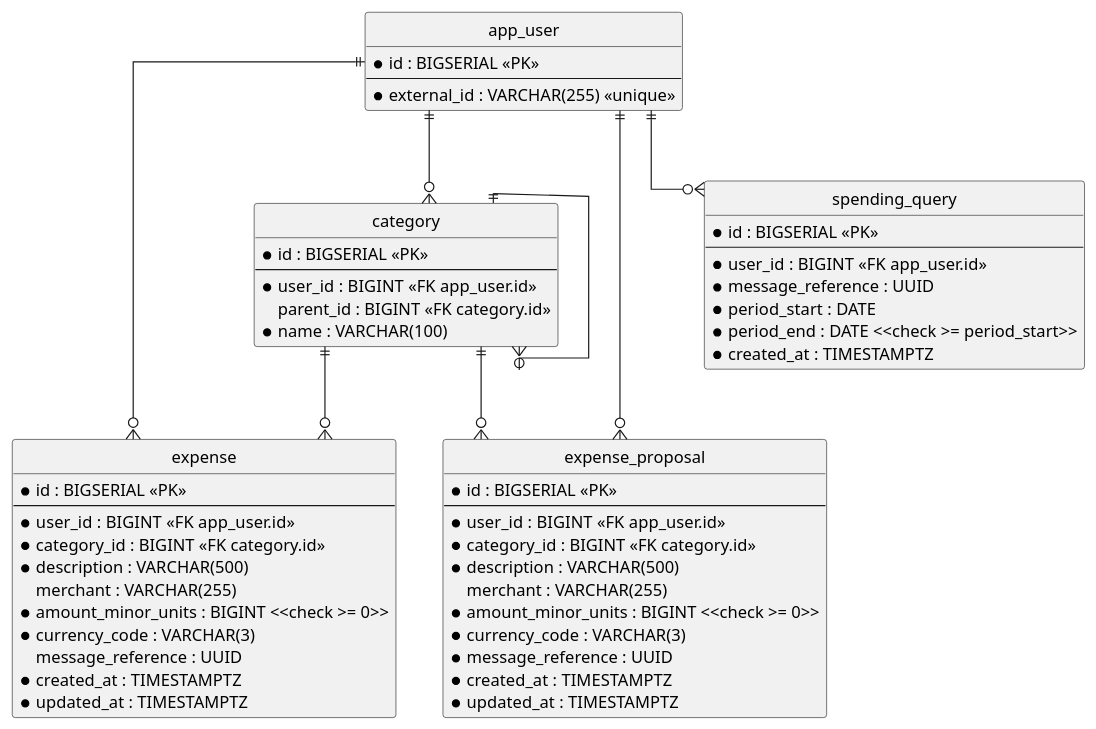
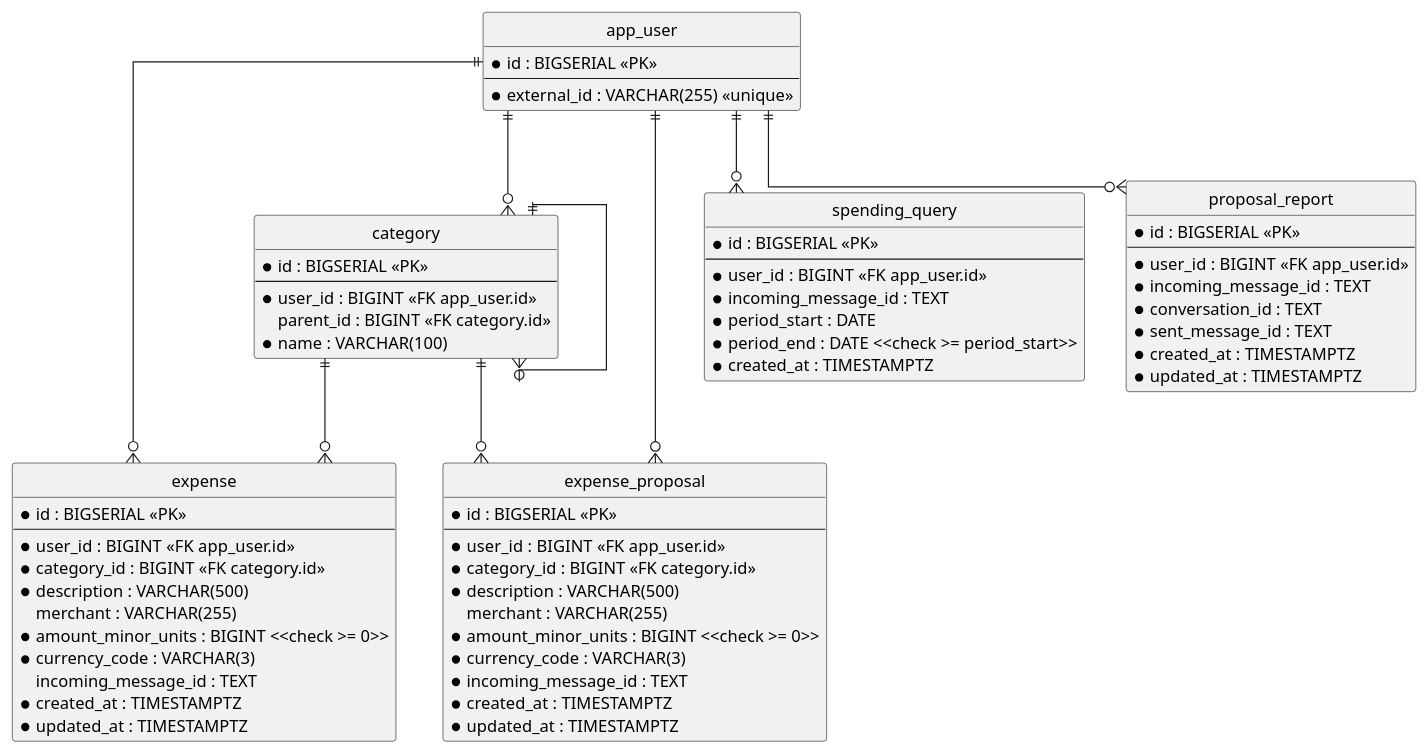
One commit to ds-usova/finance-bot changed the diagram in ledger-service/docs/contracts/out/database.md. Above: the diagram before and after it, drawn with PlantUML. The commit also changed other lines of this file and 24 other files, not shown here.

````diff
--- a/ledger-service/docs/contracts/out/database.md
+++ b/ledger-service/docs/contracts/out/database.md
@@ -17,66 +17,78 @@
 ```plantuml
 @startuml ledger-schema
 hide circle
 skinparam linetype ortho
 
 entity "app_user" as app_user {
   * id : BIGSERIAL <<PK>>
   --
   * external_id : VARCHAR(255) <<unique>>
 }
 
 entity "category" as category {
   * id : BIGSERIAL <<PK>>
   --
   * user_id : BIGINT <<FK app_user.id>>
   parent_id : BIGINT <<FK category.id>>
   * name : VARCHAR(100)
 }
 
 entity "expense" as expense {
   * id : BIGSERIAL <<PK>>
   --
   * user_id : BIGINT <<FK app_user.id>>
   * category_id : BIGINT <<FK category.id>>
   * description : VARCHAR(500)
   merchant : VARCHAR(255)
   * amount_minor_units : BIGINT <<check >= 0>>
   * currency_code : VARCHAR(3)
-  message_reference : UUID
+  incoming_message_id : TEXT
   * created_at : TIMESTAMPTZ
   * updated_at : TIMESTAMPTZ
 }
 
 entity "expense_proposal" as expense_proposal {
   * id : BIGSERIAL <<PK>>
   --
   * user_id : BIGINT <<FK app_user.id>>
   * category_id : BIGINT <<FK category.id>>
   * description : VARCHAR(500)
   merchant : VARCHAR(255)
   * amount_minor_units : BIGINT <<check >= 0>>
   * currency_code : VARCHAR(3)
-  * message_reference : UUID
+  * incoming_message_id : TEXT
   * created_at : TIMESTAMPTZ
   * updated_at : TIMESTAMPTZ
 }
 
 entity "spending_query" as spending_query {
   * id : BIGSERIAL <<PK>>
   --
   * user_id : BIGINT <<FK app_user.id>>
-  * message_reference : UUID
+  * incoming_message_id : TEXT
   * period_start : DATE
   * period_end : DATE <<check >= period_start>>
   * created_at : TIMESTAMPTZ
+}
+
+entity "proposal_report" as proposal_report {
+  * id : BIGSERIAL <<PK>>
+  --
+  * user_id : BIGINT <<FK app_user.id>>
+  * incoming_message_id : TEXT
+  * conversation_id : TEXT
+  * sent_message_id : TEXT
+  * created_at : TIMESTAMPTZ
+  * updated_at : TIMESTAMPTZ
 }
 
 app_user ||--o{ category
 category ||--o{ category
 app_user ||--o{ expense
 category ||--o{ expense
 app_user ||--o{ expense_proposal
 category ||--o{ expense_proposal
 app_user ||--o{ spending_query
+app_user ||--o{ proposal_report
 @enduml
 ```
````
